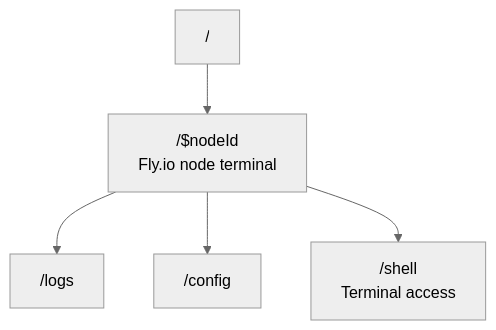
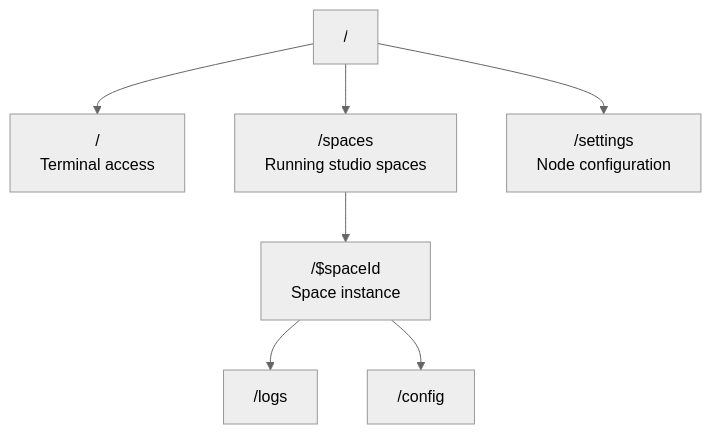
One commit to lmthing/lmthing changed the sixth of 12 diagrams in Architecture.md. Above: the diagram before and after it, drawn with Mermaid (neutral theme). The commit also changed other lines of this file and 16 other files, not shown here.

````diff
--- a/Architecture.md
+++ b/Architecture.md
@@ -227,7 +234,9 @@
 ```mermaid
 graph TD
-    Root["/"] --> Node["/$nodeId<br/>Fly.io node terminal"]
-    Node --> Logs["/logs"]
-    Node --> Config["/config"]
-    Node --> Shell["/shell<br/>Terminal access"]
+    Root["/"] --> Terminal["/<br/>Terminal access"]
+    Root --> Spaces["/spaces<br/>Running studio spaces"]
+    Spaces --> Space["/$spaceId<br/>Space instance"]
+    Space --> Logs["/logs"]
+    Space --> Config["/config"]
+    Root --> Settings["/settings<br/>Node configuration"]
 ```
````
